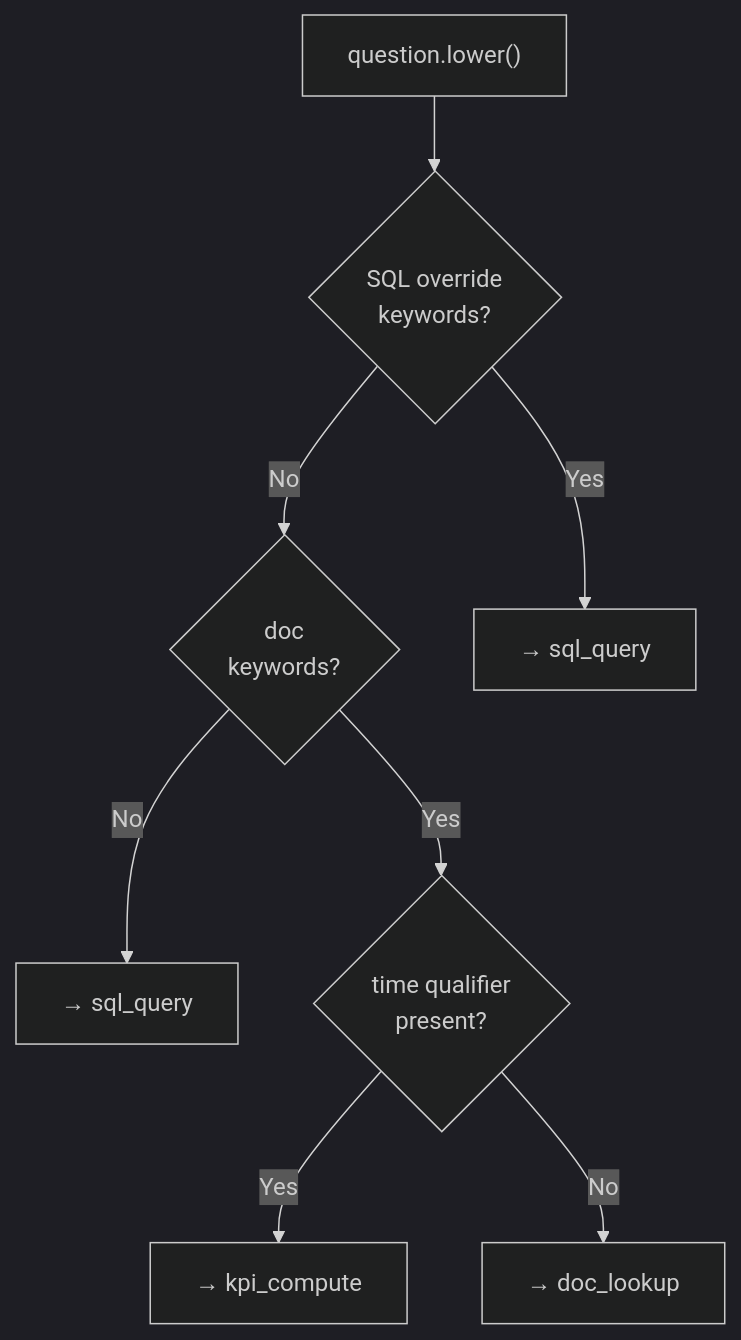
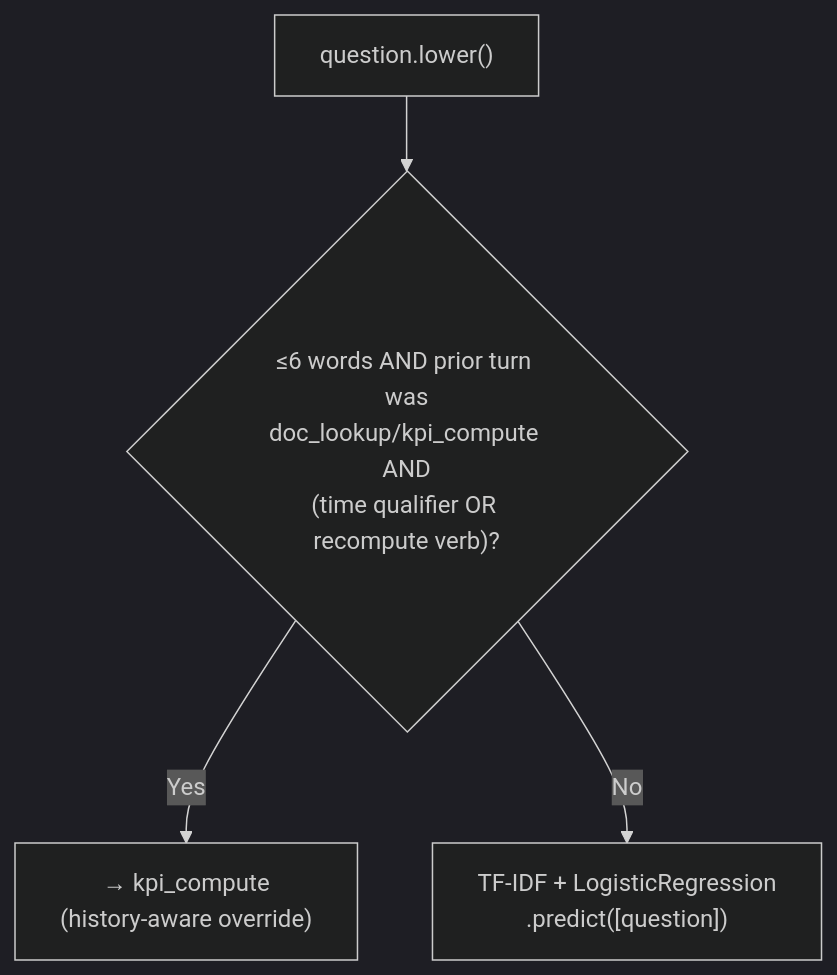
One commit to piyushraj6789/multi-agent-data-assistant-v2 changed the tenth of 13 diagrams in documentation/architecture.md. Above: the diagram before and after it, drawn with Mermaid (dark theme). The commit also changed other lines of this file and 18 other files, not shown here.

````diff
--- a/documentation/architecture.md
+++ b/documentation/architecture.md
@@ -931,15 +1110,11 @@
 ```mermaid
 flowchart TD
     Q["question.lower()"]
-    SQL_O{"SQL override<br/>keywords?"}
-    DOC{"doc<br/>keywords?"}
-    Default["→ sql_query"]
+    Short{"≤6 words AND prior turn was<br/>doc_lookup/kpi_compute AND<br/>(time qualifier OR recompute verb)?"}
+    Follow["→ kpi_compute<br/>(history-aware override)"]
+    Model["TF-IDF + LogisticRegression<br/>.predict([question])"]
 
-    Q --> SQL_O
-    SQL_O --> |Yes| SQL["→ sql_query"]
-    SQL_O --> |No| DOC
-    DOC --> |Yes| TQ{"time qualifier<br/>present?"}
-    TQ --> |Yes| KPI["→ kpi_compute"]
-    TQ --> |No| Doc["→ doc_lookup"]
-    DOC --> |No| Default
+    Q --> Short
+    Short --> |Yes| Follow
+    Short --> |No| Model
 ```
````
